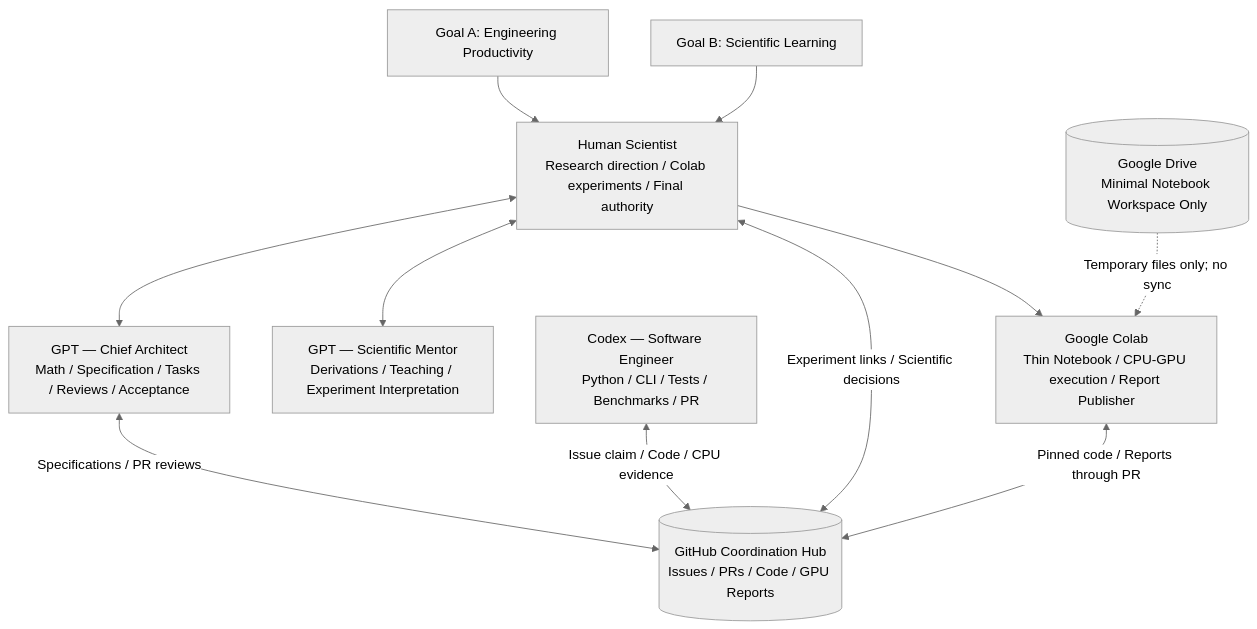
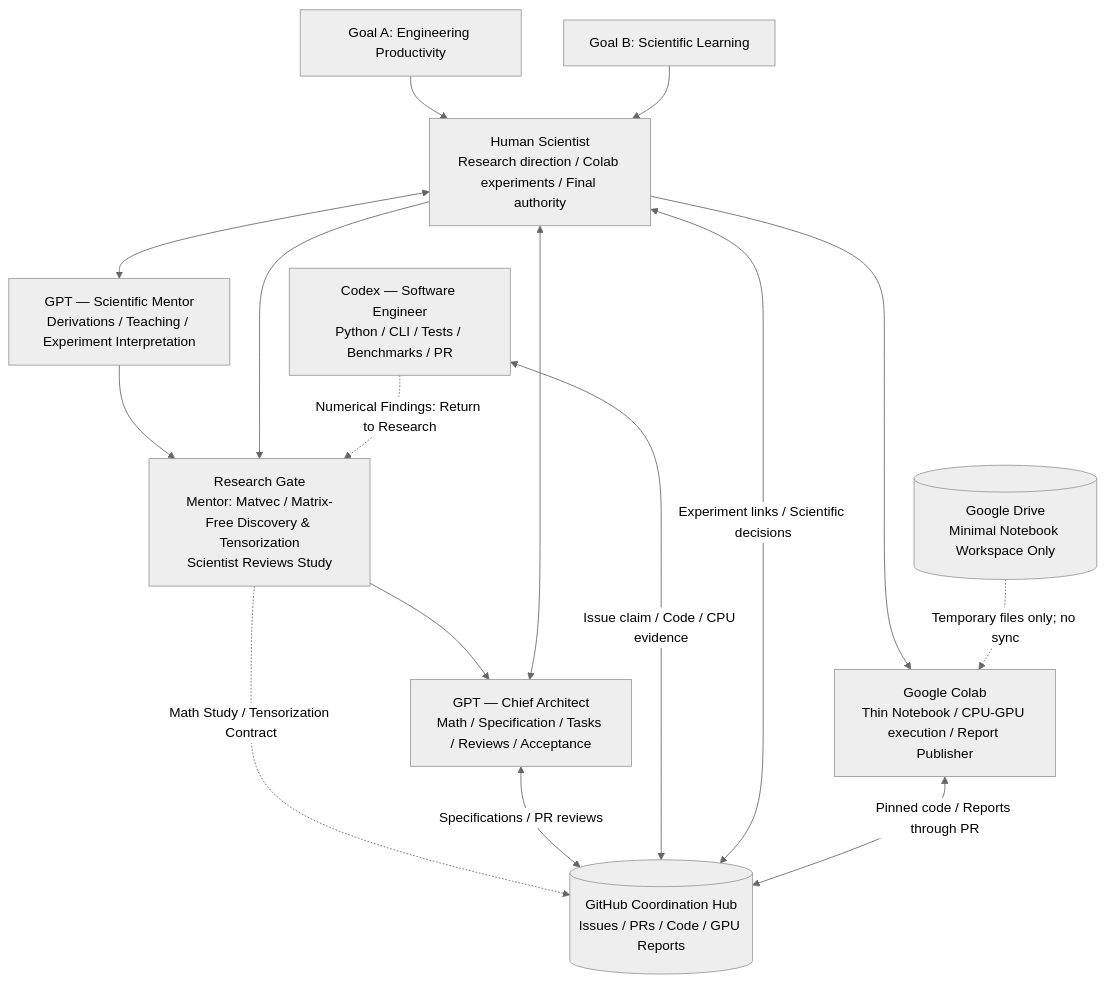
One commit to JohnnyZPiggy/SAE-Framework changed the diagram in docs/ARCHITECTURE.md. Above: the diagram before and after it, drawn with Mermaid (neutral theme). The commit also changed other lines of this file and 42 other files, not shown here.

First line of the commit message:
docs: make mathematical tensorization research the first SAE development gate

````diff
--- a/docs/ARCHITECTURE.md
+++ b/docs/ARCHITECTURE.md
@@ -17,22 +28,28 @@
 ```mermaid
 flowchart TD
     G1["Goal A: Engineering Productivity"]
     G2["Goal B: Scientific Learning"]
     S["Human Scientist<br/>Research direction / Colab experiments / Final authority"]
     A["GPT — Chief Architect<br/>Math / Specification / Tasks / Reviews / Acceptance"]
     M["GPT — Scientific Mentor<br/>Derivations / Teaching / Experiment Interpretation"]
     C["Codex — Software Engineer<br/>Python / CLI / Tests / Benchmarks / PR"]
     H[("GitHub Coordination Hub<br/>Issues / PRs / Code / GPU Reports")]
     L["Google Colab<br/>Thin Notebook / CPU-GPU execution / Report Publisher"]
     D[("Google Drive<br/>Minimal Notebook Workspace Only")]
+    R["Research Gate<br/>Mentor: Matvec / Matrix-Free Discovery &amp; Tensorization<br/>Scientist Reviews Study"]
+    M --> R
+    S --> R
+    R --> A
+    R -.->|"Math Study / Tensorization Contract"| H
+    C -.->|"Numerical Findings: Return to Research"| R
     G1 --> S
     G2 --> S
     S <--> A
     S <--> M
     A <-->|"Specifications / PR reviews"| H
     C <-->|"Issue claim / Code / CPU evidence"| H
     S <-->|"Experiment links / Scientific decisions"| H
     S --> L
     L <-->|"Pinned code / Reports through PR"| H
     D -.->|"Temporary files only; no sync"| L
 ```
````
